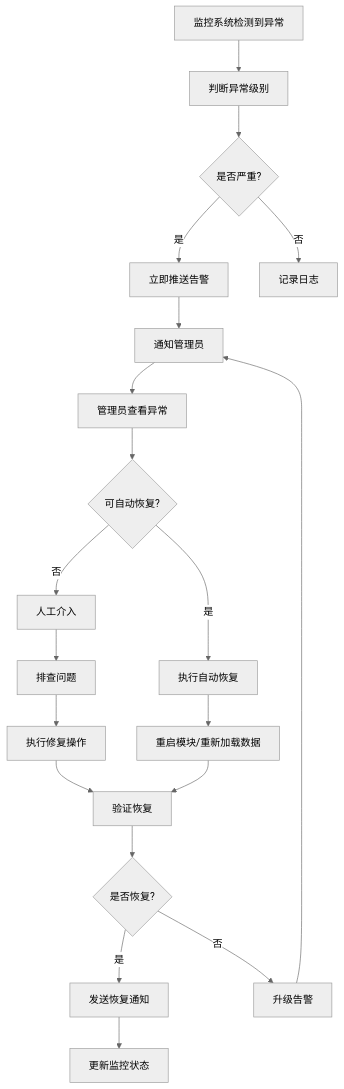
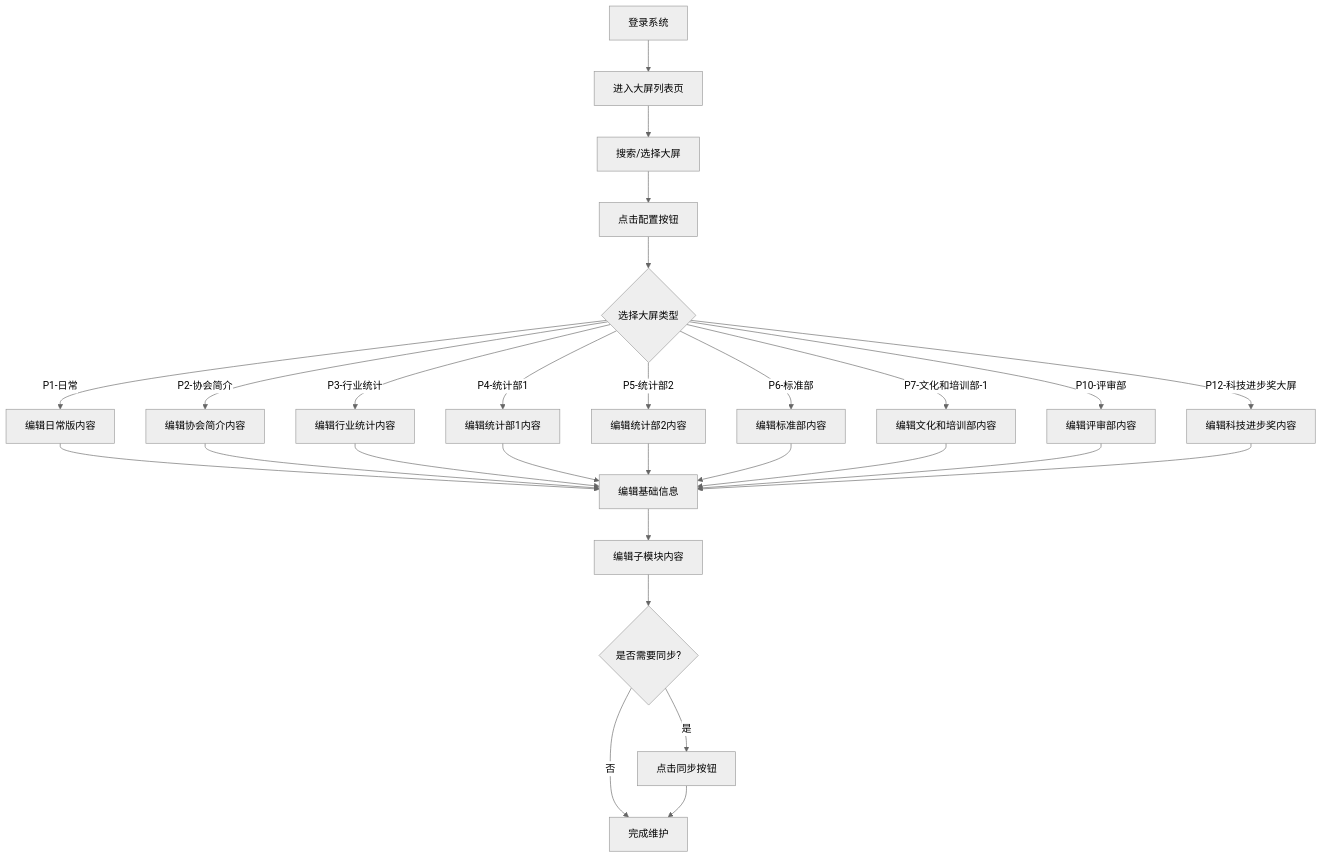
The third of 4 diagrams in 大屏管理需求设计文档.md (kcaaaa/people-metro-admin-v2), drawn with Mermaid (neutral theme) before and after one commit. The commit also changed other lines of this file and 41 other files, not shown here.

````diff
--- a/大屏管理需求设计文档.md
+++ b/大屏管理需求设计文档.md
@@ -908,22 +465,30 @@
 ```mermaid
 graph TD
-    A[监控系统检测到异常] --> B[判断异常级别]
-    B --> C{是否严重?}
-    C -->|是| D[立即推送告警]
-    D --> E[通知管理员]
-    C -->|否| F[记录日志]
-    E --> G[管理员查看异常]
-    G --> H{可自动恢复?}
-    H -->|是| I[执行自动恢复]
-    I --> J[重启模块/重新加载数据]
-    H -->|否| K[人工介入]
-    K --> L[排查问题]
-    L --> M[执行修复操作]
-    M --> N[验证恢复]
-    J --> N
-    N --> O{是否恢复?}
-    O -->|是| P[发送恢复通知]
-    P --> Q[更新监控状态]
-    O -->|否| R[升级告警]
-    R --> E
+    A[登录系统] --> B[进入大屏列表页]
+    B --> C[搜索/选择大屏]
+    C --> D[点击配置按钮]
+    D --> E{选择大屏类型}
+    E -->|P1-日常| E1[编辑日常版内容]
+    E -->|P2-协会简介| E2[编辑协会简介内容]
+    E -->|P3-行业统计| E3[编辑行业统计内容]
+    E -->|P4-统计部1| E4[编辑统计部1内容]
+    E -->|P5-统计部2| E5[编辑统计部2内容]
+    E -->|P6-标准部| E6[编辑标准部内容]
+    E -->|P7-文化和培训部-1| E7[编辑文化和培训部内容]
+    E -->|P10-评审部| E8[编辑评审部内容]
+    E -->|P12-科技进步奖大屏| E9[编辑科技进步奖内容]
+    E1 --> F[编辑基础信息]
+    E2 --> F
+    E3 --> F
+    E4 --> F
+    E5 --> F
+    E6 --> F
+    E7 --> F
+    E8 --> F
+    E9 --> F
+    F --> G[编辑子模块内容]
+    G --> H{是否需要同步?}
+    H --> |是| I[点击同步按钮]
+    H --> |否| J[完成维护]
+    I --> J
 ```
````
